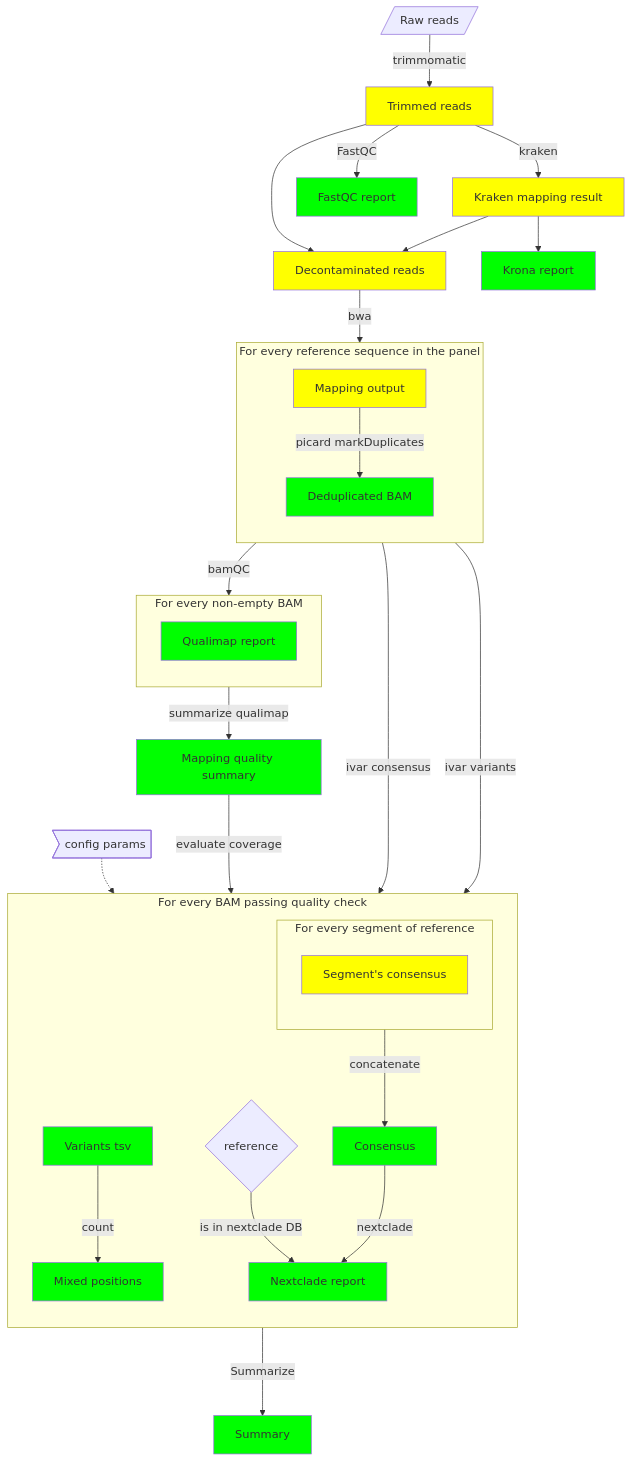
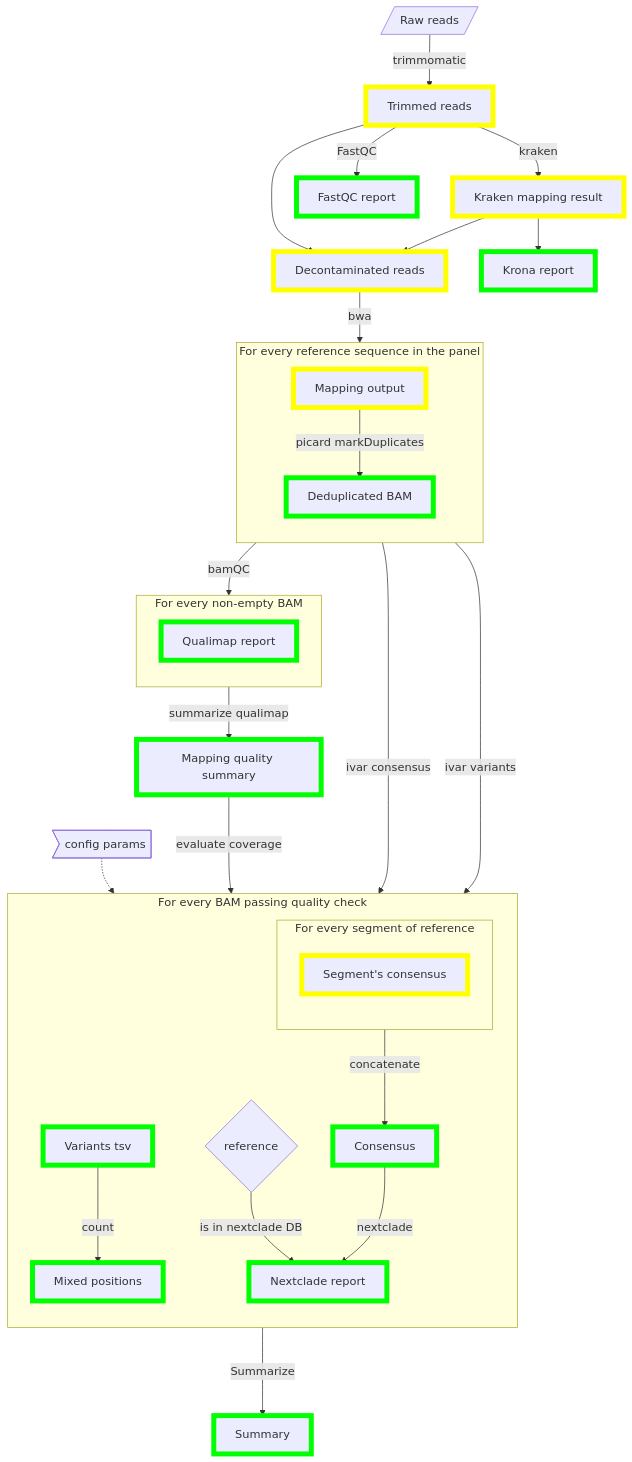
The second of 2 diagrams in resources/diagram.md (cuspuk/workflow_respiratory), drawn with Mermaid before and after one commit. The commit also changed other lines of this file, not shown here.

Commit message:
better colors

````diff
--- a/resources/diagram.md
+++ b/resources/diagram.md
@@ -20,68 +20,61 @@
 ```mermaid
 flowchart TB;
-  classDef OUTPUT fill:#0f0;
-  classDef TEMP fill:#ff0;
+  classDef OUTPUT stroke:#00ff00,stroke-width:7px;
+  classDef TEMP stroke:#ffff00,stroke-width:7px;
 
   A[/Raw reads/];
   B[Trimmed reads]:::TEMP;
   F[Decontaminated reads]:::TEMP;
   C[Kraken mapping result]:::TEMP;
   E[Krona report]:::OUTPUT;
   D[FastQC report]:::OUTPUT;
   Z[Summary]:::OUTPUT;
   H[Mapping quality summary]:::OUTPUT;
-
-  style S1_1 fill:#0f0;
-  style S2_0 fill:#0f0;
-  style S3_2 fill:#0f0;
-  style S3_0 fill:#0f0;
-  style S3_1 fill:#0f0;
-  style S3_3 fill:#0f0;
 
   A-->|trimmomatic|B;
   B-->|kraken|C;
   C-->E;
   B-->F;
   C-->F;
   F-->|bwa|S1;
   B-->|FastQC|D;
 
   S1-->|bamQC|S2;
   S2-->|summarize qualimap|H;
   H--->|evaluate coverage|S3;
   S1-->|ivar consensus|S3_S1;
   S1-->|ivar variants|S3_1;
   S3--->|Summarize|Z;
 
   O>config params]-.->S3_2;
 
   subgraph S1[For every reference sequence in the panel];
   direction TB;
     S1_0[Mapping output]:::TEMP;
-    S1_1[Deduplicated BAM];
+    S1_1[Deduplicated BAM]:::OUTPUT;
     S1_0-->|picard markDuplicates|S1_1;
   end;
 
   subgraph S2[For every non-empty BAM]
   direction TB;
-    S2_0[Qualimap report];
+    S2_0[Qualimap report]:::OUTPUT;
   end;
 
   subgraph S3[For every BAM passing quality check]
   direction TB;
     S3_D{reference};
-    S3_0[Consensus];
-    S3_1[Variants tsv];
-    S3_2[Mixed positions];
-    S3_3[Nextclade report];
+    S3_0[Consensus]:::OUTPUT;
+    S3_1[Variants tsv]:::OUTPUT;
+    S3_2[Mixed positions]:::OUTPUT;
+    S3_3[Nextclade report]:::OUTPUT;
     S3_S1-->|concatenate|S3_0;
     S3_1-->|count|S3_2;
     S3_D-->|is in nextclade DB|S3_3;
     S3_0-->|nextclade|S3_3;
   end;
 
   subgraph S3_S1[For every segment of reference];
   direction TB;
     S3_S1_0[Segment's consensus]:::TEMP;
   end;
 ```
````
